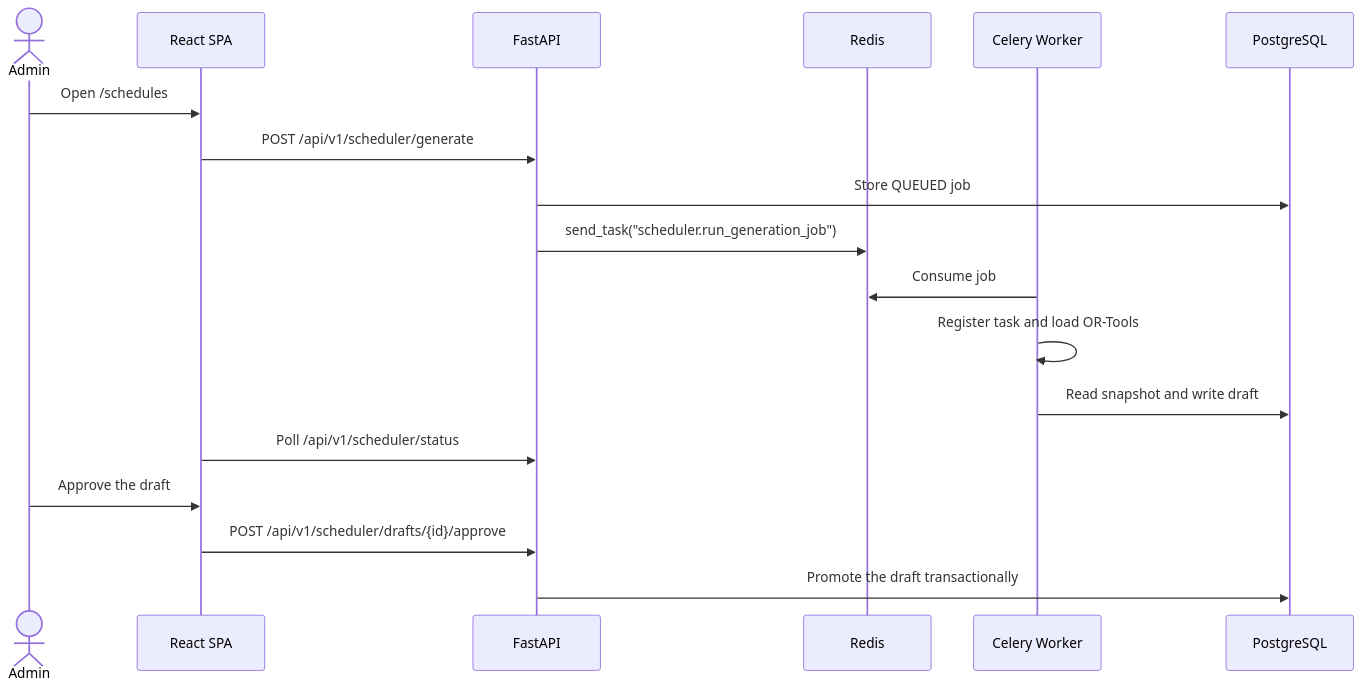
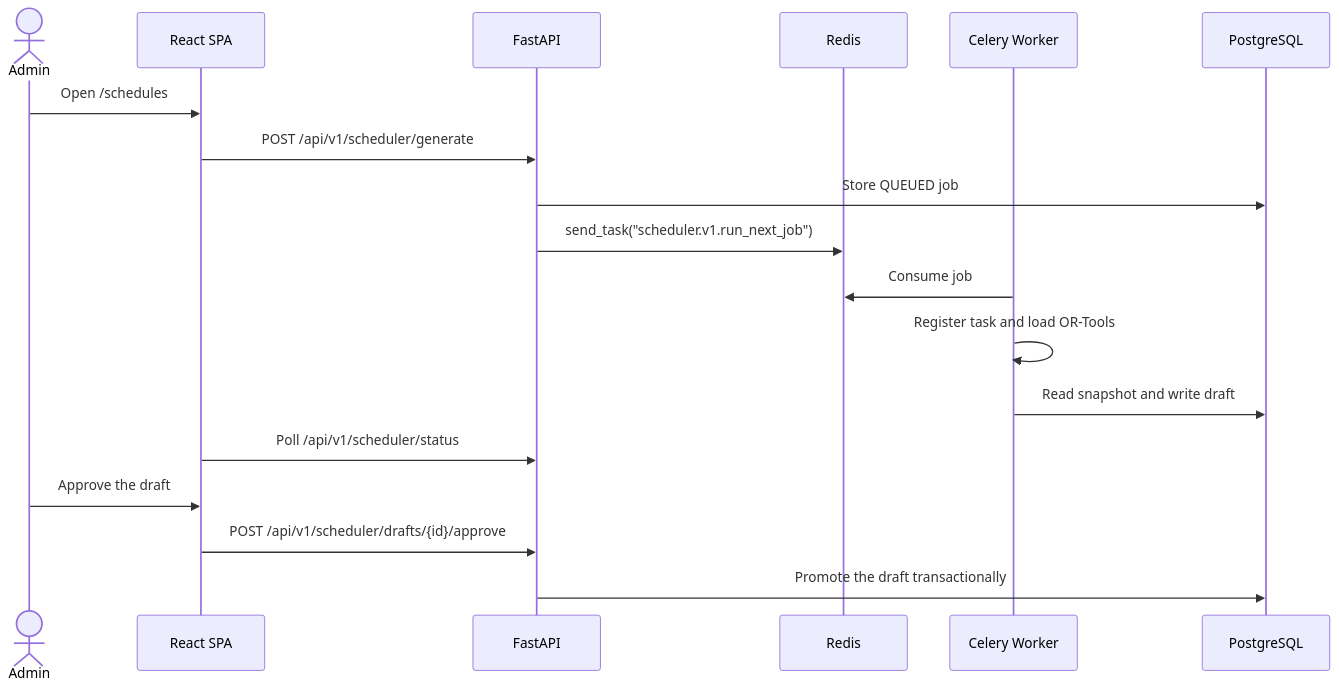
One commit to ORIOP25/Cronos changed the second of 2 diagrams in documentation/00_getting_started/TECHNICAL_WALKTHROUGH.md. Above: the diagram before and after it, drawn with Mermaid. The commit also changed other lines of this file and 113 other files, not shown here.

````diff
--- a/documentation/00_getting_started/TECHNICAL_WALKTHROUGH.md
+++ b/documentation/00_getting_started/TECHNICAL_WALKTHROUGH.md
@@ -94,21 +95,21 @@
 ```mermaid
 sequenceDiagram
     actor Admin
     participant FE as React SPA
     participant API as FastAPI
     participant Redis
     participant Worker as Celery Worker
     participant DB as PostgreSQL
 
     Admin->>FE: Open /schedules
     FE->>API: POST /api/v1/scheduler/generate
     API->>DB: Store QUEUED job
-    API->>Redis: send_task("scheduler.run_generation_job")
+    API->>Redis: send_task("scheduler.v1.run_next_job")
     Worker->>Redis: Consume job
     Worker->>Worker: Register task and load OR-Tools
     Worker->>DB: Read snapshot and write draft
     FE->>API: Poll /api/v1/scheduler/status
     Admin->>FE: Approve the draft
     FE->>API: POST /api/v1/scheduler/drafts/{id}/approve
     API->>DB: Promote the draft transactionally
 ```
````
